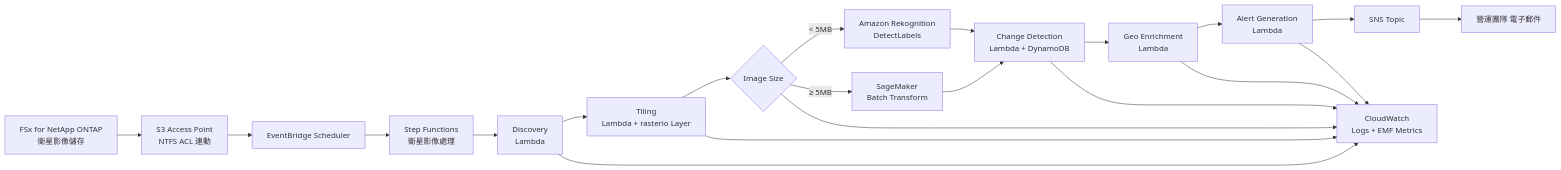
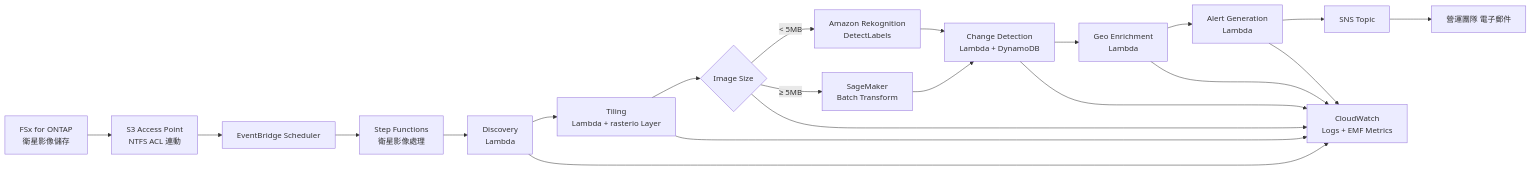
One commit to Yoshiki0705/FSx-for-ONTAP-S3AccessPoints-Serverless-Patterns changed the diagram in defense-satellite/docs/architecture.zh-TW.md. Above: the diagram before and after it, drawn with Mermaid. The commit also changed other lines of this file and 597 other files, not shown here.

````diff
--- a/defense-satellite/docs/architecture.zh-TW.md
+++ b/defense-satellite/docs/architecture.zh-TW.md
@@ -15,18 +15,18 @@
 ```mermaid
 graph LR
-    FSx[FSx for NetApp ONTAP<br/>衛星影像儲存] --> S3AP[S3 Access Point<br/>NTFS ACL 連動]
+    FSx[FSx for ONTAP<br/>衛星影像儲存] --> S3AP[S3 Access Point<br/>NTFS ACL 連動]
     S3AP --> EB[EventBridge Scheduler]
     EB --> SFN[Step Functions<br/>衛星影像處理]
     SFN --> L1[Discovery<br/>Lambda]
     L1 --> L2[Tiling<br/>Lambda + rasterio Layer]
     L2 --> L3{Image Size}
     L3 -->|< 5MB| Rek[Amazon Rekognition<br/>DetectLabels]
     L3 -->|≥ 5MB| SM[SageMaker<br/>Batch Transform]
     Rek --> L4[Change Detection<br/>Lambda + DynamoDB]
     SM --> L4
     L4 --> L5[Geo Enrichment<br/>Lambda]
     L5 --> L6[Alert Generation<br/>Lambda]
     L6 --> SNS[SNS Topic]
     SNS --> Mail[營運團隊 電子郵件]
     L1 & L2 & L3 & L4 & L5 & L6 --> CW[CloudWatch<br/>Logs + EMF Metrics]
 ```
````
